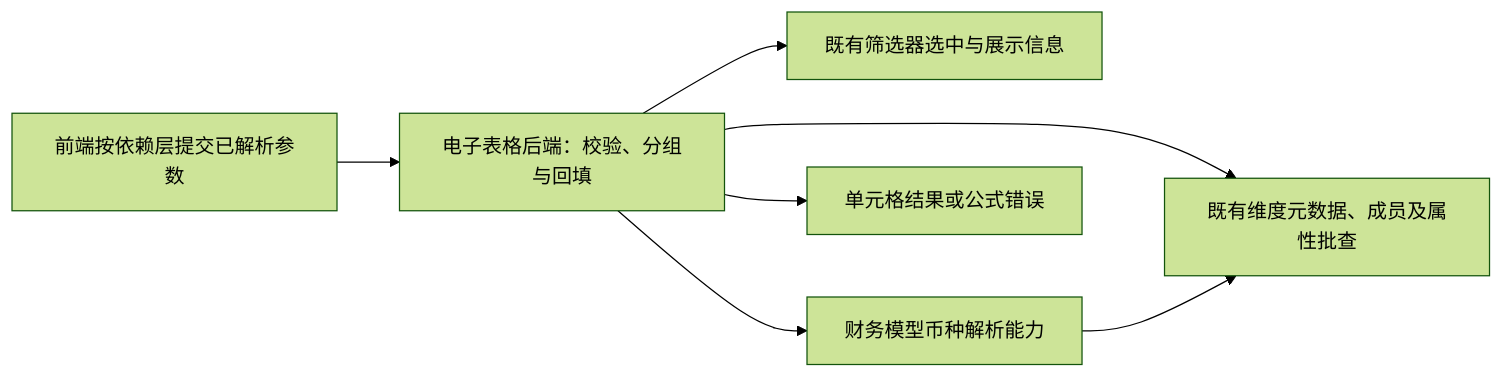
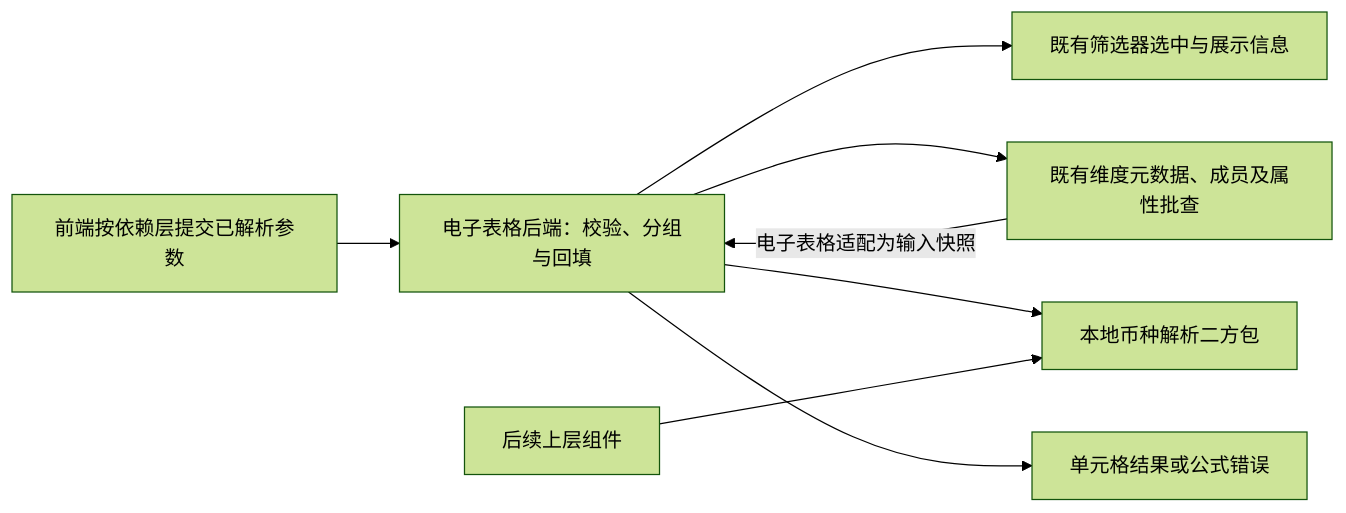
The first of 5 diagrams in DeepFos/电子表格/筛选器属性与币种公式/规划/功能与后端规范.md (Honkey-y/docs), drawn with Mermaid (forest theme) before and after one commit. The commit also changed other lines of this file and 4 other files, not shown here.

````diff
--- a/DeepFos/电子表格/筛选器属性与币种公式/规划/功能与后端规范.md
+++ b/DeepFos/电子表格/筛选器属性与币种公式/规划/功能与后端规范.md
@@ -16,9 +16,10 @@
 ```mermaid
 flowchart LR
     P[前端按依赖层提交已解析参数] --> T[电子表格后端：校验、分组与回填]
     T --> F[既有筛选器选中与展示信息]
     T --> U[既有维度元数据、成员及属性批查]
-    T --> M[财务模型币种解析能力]
-    M --> U
+    T --> L[本地币种解析二方包]
+    U -->|电子表格适配为输入快照| T
+    O[后续上层组件] --> L
     T --> R[单元格结果或公式错误]
 ```
````
